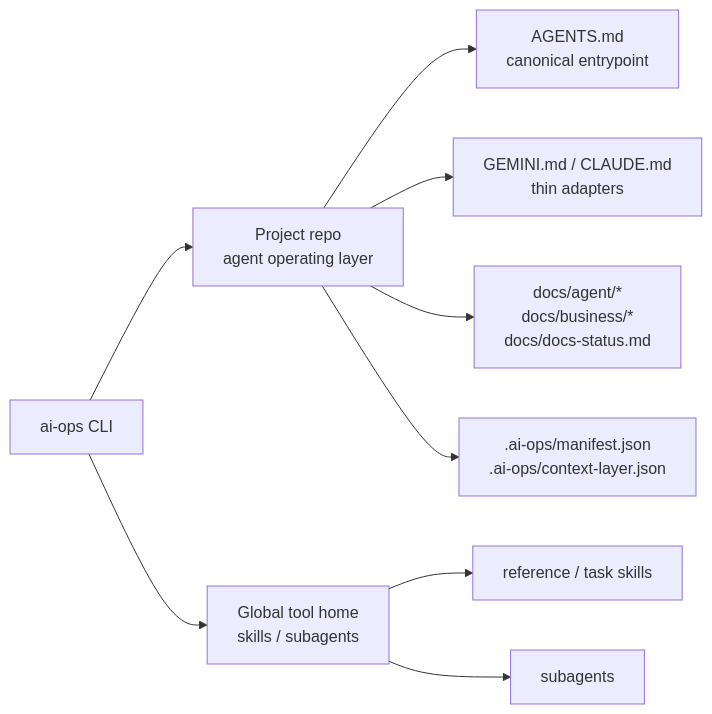
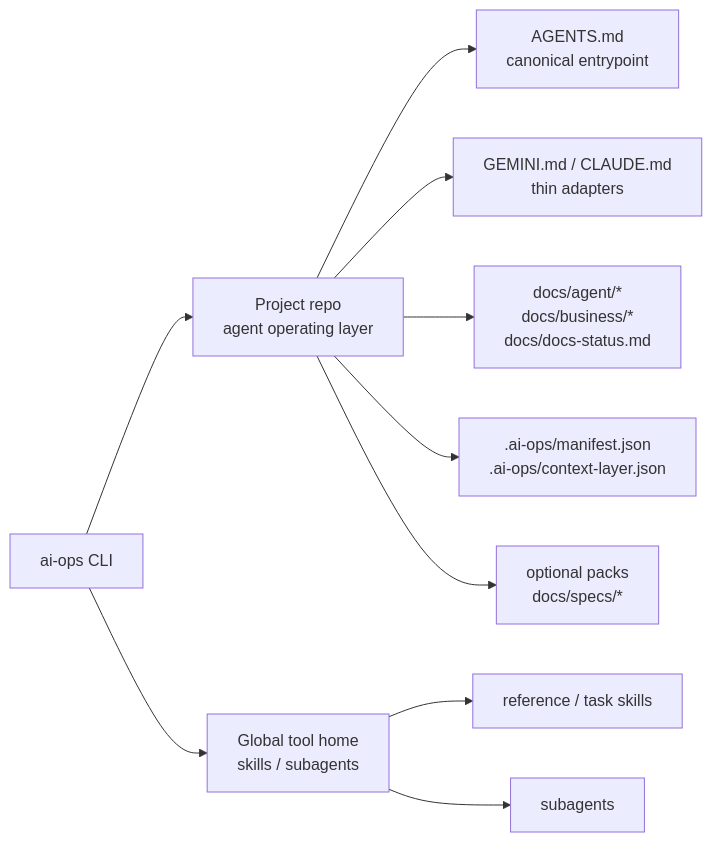
Before and after one commit to MincheolC/ai-ops-cli: the diagram in README.md, drawn with Mermaid. The commit also changed other lines of this file and 52 other files, not shown here.

````diff
--- a/README.md
+++ b/README.md
@@ -9,13 +9,14 @@
 ```mermaid
 flowchart LR
   cli["ai-ops CLI"] --> project["Project repo<br/>agent operating layer"]
   cli --> global["Global tool home<br/>skills / subagents"]
 
   project --> entry["AGENTS.md<br/>canonical entrypoint"]
   project --> adapters["GEMINI.md / CLAUDE.md<br/>thin adapters"]
   project --> docs["docs/agent/*<br/>docs/business/*<br/>docs/docs-status.md"]
   project --> state[".ai-ops/manifest.json<br/>.ai-ops/context-layer.json"]
+  project --> packs["optional packs<br/>docs/specs/*"]
 
   global --> skills["reference / task skills"]
   global --> subagents["subagents"]
 ```
````
